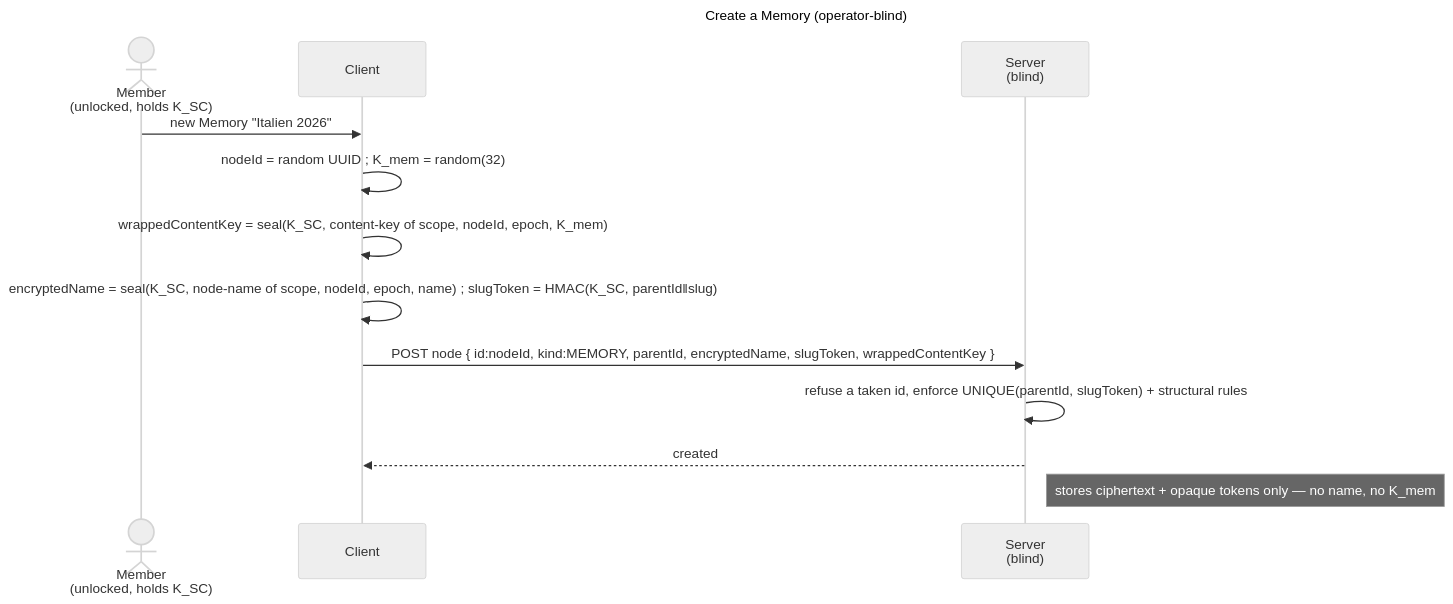
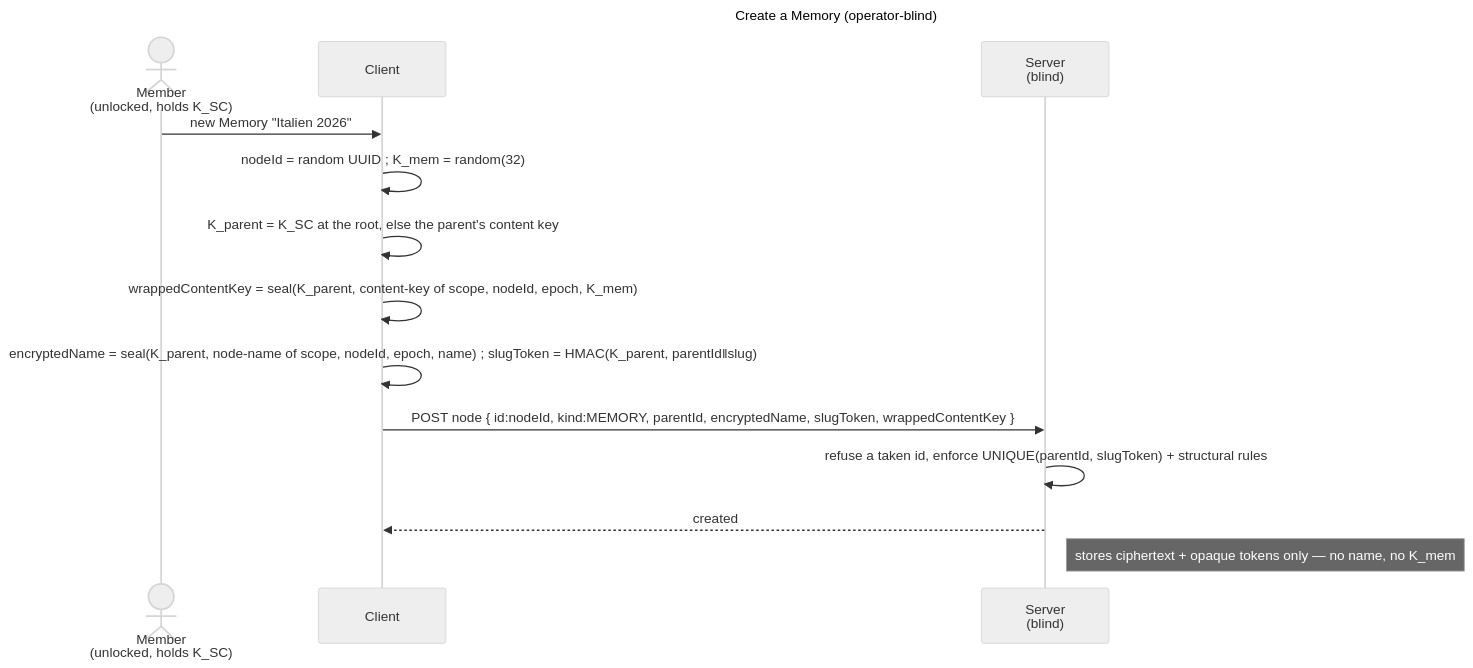
One commit to raddatzk/veyq changed the diagram in docs/features/memory/enablers/en.memory.tree.md. Above: the diagram before and after it, drawn with Mermaid (neutral theme). The commit also changed other lines of this file and 7 other files, not shown here.

First line of the commit message:
docs: names and slugs live under the parent's key; cr-node-key-hierarchy slice 2 done

````diff
--- a/docs/features/memory/enablers/en.memory.tree.md
+++ b/docs/features/memory/enablers/en.memory.tree.md
@@ -64,17 +68,18 @@
 ```mermaid
 ---
 title: Create a Memory (operator-blind)
 ---
 sequenceDiagram
   actor U as Member<br>(unlocked, holds K_SC)
   participant C as Client
   participant S as Server<br>(blind)
   U->>C: new Memory "Italien 2026"
   C->>C: nodeId = random UUID #59; K_mem = random(32)
-  C->>C: wrappedContentKey = seal(K_SC, content-key of scope, nodeId, epoch, K_mem)
-  C->>C: encryptedName = seal(K_SC, node-name of scope, nodeId, epoch, name) #59; slugToken = HMAC(K_SC, parentId‖slug)
+  C->>C: K_parent = K_SC at the root, else the parent's content key
+  C->>C: wrappedContentKey = seal(K_parent, content-key of scope, nodeId, epoch, K_mem)
+  C->>C: encryptedName = seal(K_parent, node-name of scope, nodeId, epoch, name) #59; slugToken = HMAC(K_parent, parentId‖slug)
   C->>S: POST node { id:nodeId, kind:MEMORY, parentId, encryptedName, slugToken, wrappedContentKey }
   S->>S: refuse a taken id, enforce UNIQUE(parentId, slugToken) + structural rules
   S-->>C: created
   Note right of S: stores ciphertext + opaque tokens only — no name, no K_mem
 ```
````
